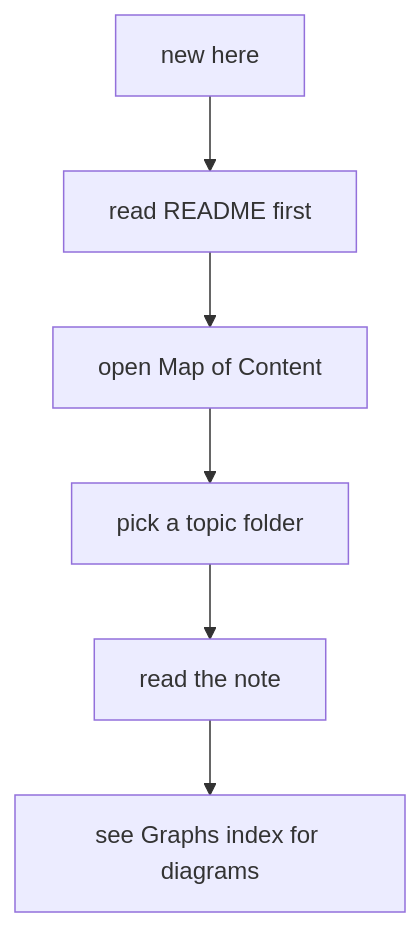
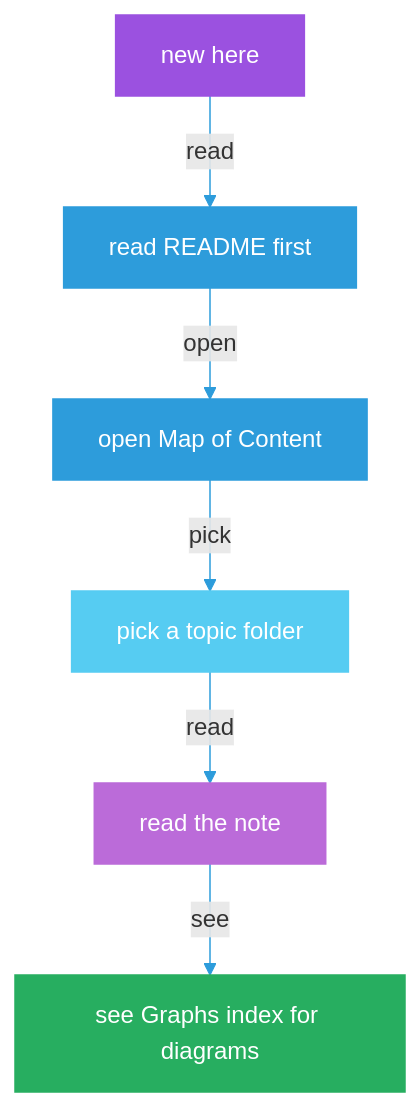
Before and after one commit to 444Nazky/My-Vault: the ninth of 9 diagrams in Graphs/Vault-Overview.md, drawn with Mermaid. The commit also changed other lines of this file and 15 other files, not shown here.

````diff
--- a/Graphs/Vault-Overview.md
+++ b/Graphs/Vault-Overview.md
@@ -134,8 +194,15 @@
 ```mermaid
+%%{init: {'theme': 'default', 'themeVariables': { 'primaryColor': '#2D9CDB', 'lineColor': '#2D9CDB'}}}%%
 flowchart TD
- NEWB["new here"] --> README2["read README first"]
- README2 --> MAP2["open Map of Content"]
- MAP2 --> TOPIC["pick a topic folder"]
- TOPIC --> NOTE2["read the note"]
- NOTE2 --> GRAPHS2["see Graphs index for diagrams"]
+ NEWB["new here"] -->|read| README2["read README first"]
+ README2 -->|open| MAP2["open Map of Content"]
+ MAP2 -->|pick| TOPIC["pick a topic folder"]
+ TOPIC -->|read| NOTE2["read the note"]
+ NOTE2 -->|see| GRAPHS2["see Graphs index for diagrams"]
+ style NEWB fill:#9B51E0,stroke:#9B51E0,color:#fff
+ style README2 fill:#2D9CDB,stroke:#2D9CDB,color:#fff
+ style MAP2 fill:#2D9CDB,stroke:#2D9CDB,color:#fff
+ style TOPIC fill:#56CCF2,stroke:#56CCF2,color:#fff
+ style NOTE2 fill:#BB6BD9,stroke:#BB6BD9,color:#fff
+ style GRAPHS2 fill:#27AE60,stroke:#27AE60,color:#fff
 ```
````
